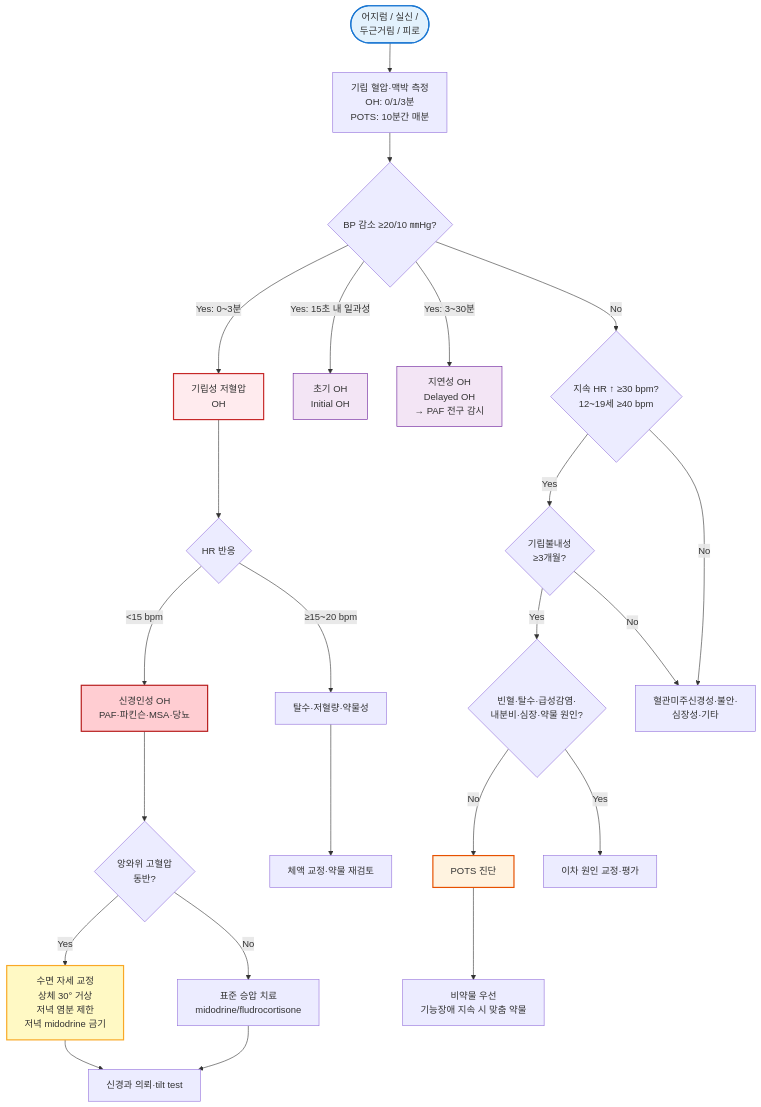
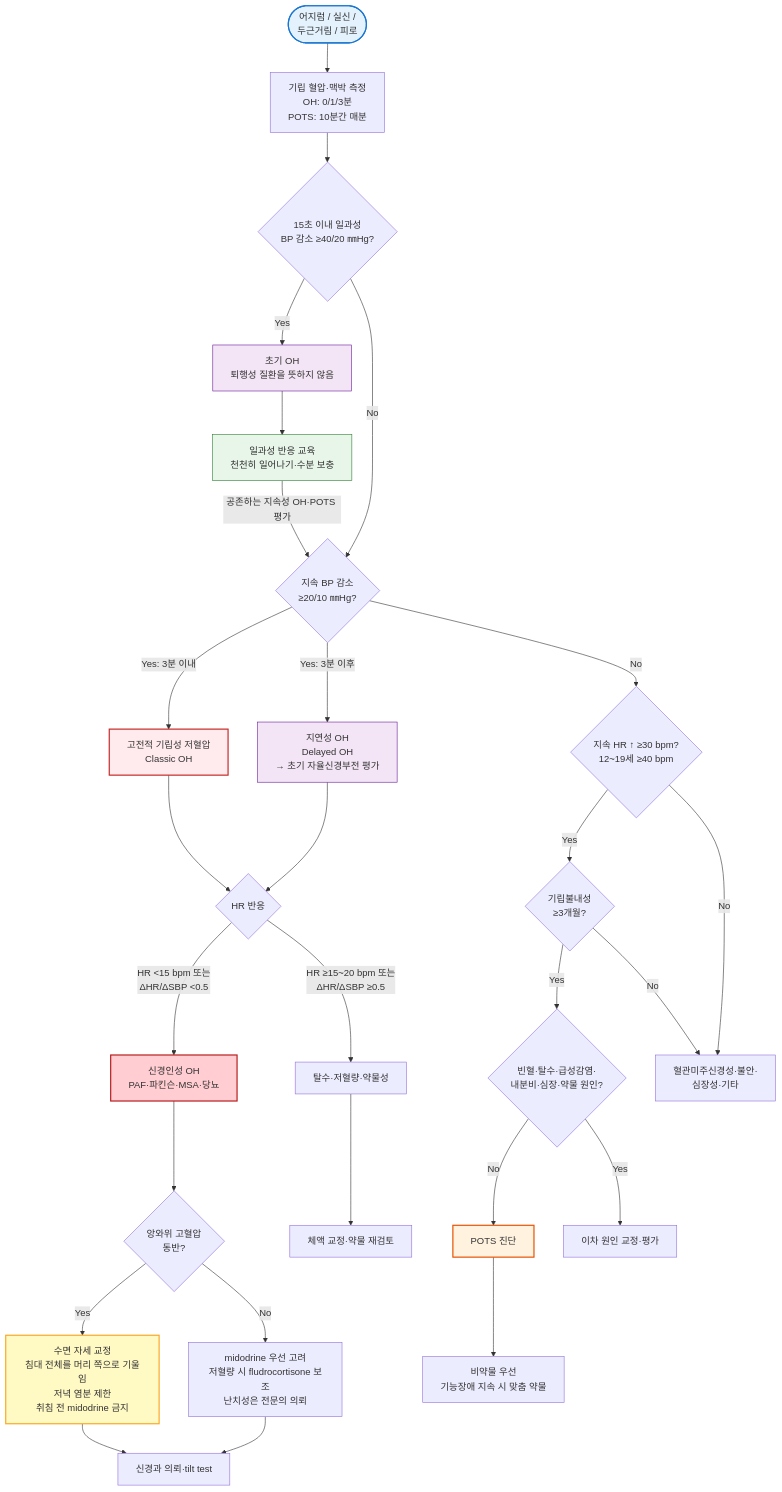
Before and after one commit to familyoh77/familyoh77: the diagram in 221_/030_-autonomic-dysfunction.md, drawn with Mermaid. The commit also changed other lines of this file, not shown here.

````diff
--- a/221_/030_-autonomic-dysfunction.md
+++ b/221_/030_-autonomic-dysfunction.md
@@ -212,33 +212,38 @@
 ```mermaid
 graph TD
     Start([어지럼 / 실신 /<br/> 두근거림 / 피로]) --> Step1[기립 혈압·맥박 측정<br/>OH: 0/1/3분<br/>POTS: 10분간 매분]
-    Step1 --> Q1{BP 감소 ≥20/10 ㎜Hg?}
-    Q1 -->|Yes: 0~3분| OH[기립성 저혈압<br/>OH]
-    Q1 -->|Yes: 15초 내 일과성| IOH[초기 OH<br/>Initial OH]
-    Q1 -->|Yes: 3~30분| DOH[지연성 OH<br/>Delayed OH<br/>→ PAF 전구 감시]
+    Step1 --> Q0{15초 이내 일과성<br/>BP 감소 ≥40/20 ㎜Hg?}
+    Q0 -->|Yes| IOH[초기 OH<br/>퇴행성 질환을 뜻하지 않음]
+    Q0 -->|No| Q1{지속 BP 감소<br/>≥20/10 ㎜Hg?}
+    IOH --> IOH_Tx[일과성 반응 교육<br/>천천히 일어나기·수분 보충]
+    IOH_Tx -->|공존하는 지속성 OH·POTS 평가| Q1
+    Q1 -->|Yes: 3분 이내| OH[고전적 기립성 저혈압<br/>Classic OH]
+    Q1 -->|Yes: 3분 이후| DOH[지연성 OH<br/>Delayed OH<br/>→ 초기 자율신경부전 평가]
     Q1 -->|No| Q2{지속 HR ↑ ≥30 bpm?<br/>12~19세 ≥40 bpm}
     Q2 -->|Yes| Chronic{기립불내성<br/>≥3개월?}
     Q2 -->|No| Other[혈관미주신경성·불안·<br/>심장성·기타]
     OH --> QHR{HR 반응}
-    QHR -->|<15 bpm| Neuro[신경인성 OH<br/>PAF·파킨슨·MSA·당뇨]
-    QHR -->|≥15~20 bpm| Volume[탈수·저혈량·약물성]
+    DOH --> QHR
+    QHR -->|HR <15 bpm 또는<br/>ΔHR/ΔSBP <0.5| Neuro[신경인성 OH<br/>PAF·파킨슨·MSA·당뇨]
+    QHR -->|HR ≥15~20 bpm 또는<br/>ΔHR/ΔSBP ≥0.5| Volume[탈수·저혈량·약물성]
     Neuro --> SupHTN{앙와위 고혈압<br/>동반?}
-    SupHTN -->|Yes| SupYes[수면 자세 교정<br/>상체 30° 거상<br/>저녁 염분 제한<br/>저녁 midodrine 금기]
-    SupHTN -->|No| SupNo[표준 승압 치료<br/>midodrine/fludrocortisone]
+    SupHTN -->|Yes| SupYes[수면 자세 교정<br/>침대 전체를 머리 쪽으로 기울임<br/>저녁 염분 제한<br/>취침 전 midodrine 금지]
+    SupHTN -->|No| SupNo[midodrine 우선 고려<br/>저혈량 시 fludrocortisone 보조<br/>난치성은 전문의 의뢰]
     Chronic -->|Yes| Excl{빈혈·탈수·급성감염·<br/>내분비·심장·약물 원인?}
     Chronic -->|No| Other
     Excl -->|No| POTSconf[POTS 진단]
     Excl -->|Yes| Secondary[이차 원인 교정·평가]
     SupYes --> Ref[신경과 의뢰·tilt test]
     SupNo --> Ref
     Volume --> Tx1[체액 교정·약물 재검토]
     POTSconf --> Tx2[비약물 우선<br/>기능장애 지속 시 맞춤 약물]
     
     style Start fill:#e3f2fd,stroke:#1976d2,stroke-width:2px
     style OH fill:#ffebee,stroke:#c62828,stroke-width:2px
     style POTSconf fill:#fff3e0,stroke:#e65100,stroke-width:2px
     style IOH fill:#f3e5f5,stroke:#6a1b9a,stroke-width:1px
+    style IOH_Tx fill:#e8f5e9,stroke:#2e7d32,stroke-width:1px
     style DOH fill:#f3e5f5,stroke:#6a1b9a,stroke-width:1px
     style Neuro fill:#ffcdd2,stroke:#b71c1c,stroke-width:2px
     style SupYes fill:#fff9c4,stroke:#f9a825,stroke-width:2px
 ```
````
